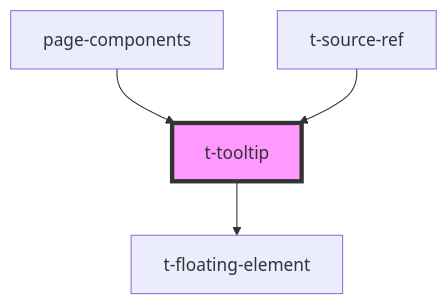
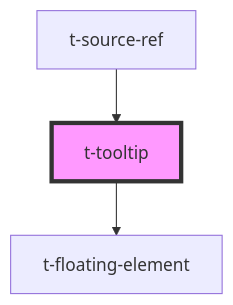
Before and after one commit to TomasEng/web-components: the diagram in packages/t-web-components/src/components/t-tooltip/readme.md, drawn with Mermaid. The commit also changed other lines of this file and 27 other files, not shown here.

````diff
--- a/packages/t-web-components/src/components/t-tooltip/readme.md
+++ b/packages/t-web-components/src/components/t-tooltip/readme.md
@@ -20,7 +19,6 @@
 ```mermaid
 graph TD;
   t-tooltip --> t-floating-element
-  page-components --> t-tooltip
   t-source-ref --> t-tooltip
   style t-tooltip fill:#f9f,stroke:#333,stroke-width:4px
 ```
````
